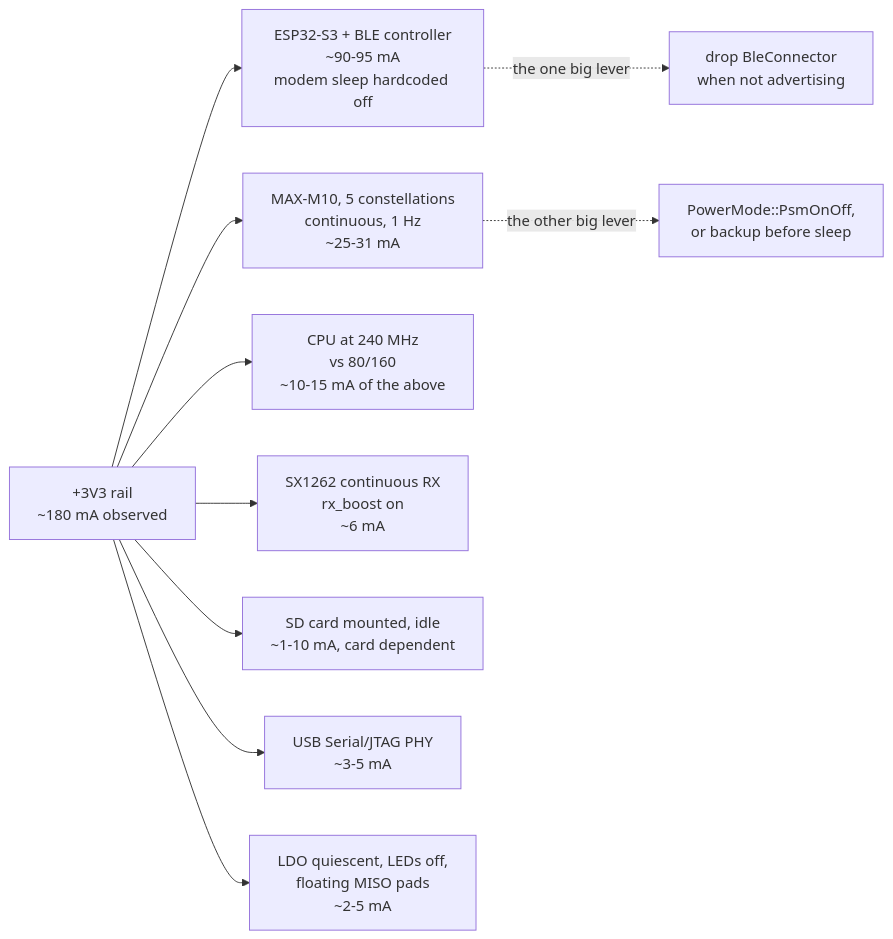
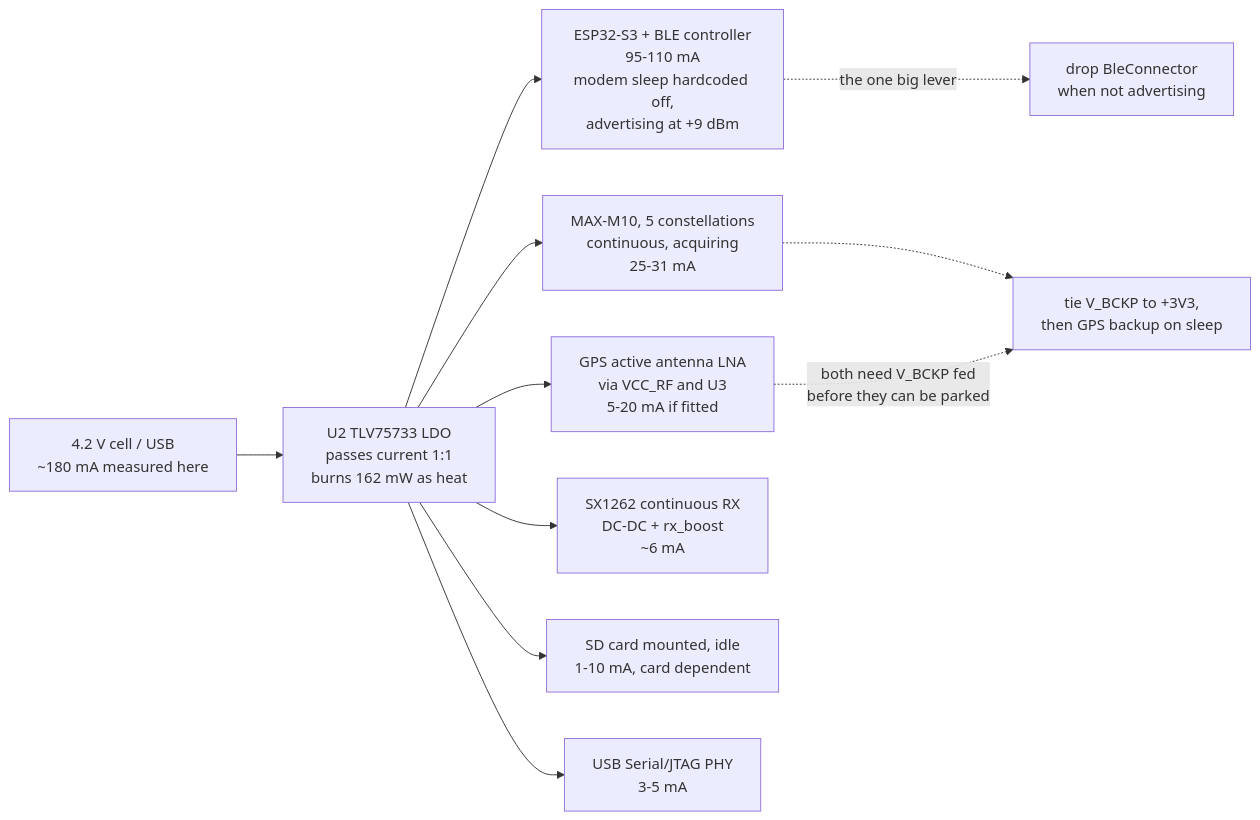
One commit to Telemety-In-Midair/telemetry-in-midair-rs changed the diagram in POWER-S3.md. Above: the diagram before and after it, drawn with Mermaid. The commit also changed other lines of this file and 1 other file, not shown here.

````diff
--- a/POWER-S3.md
+++ b/POWER-S3.md
@@ -31,15 +57,17 @@
 ```mermaid
 flowchart LR
-    RAIL["+3V3 rail<br/>~180 mA observed"]
+    CELL["4.2 V cell / USB<br/>~180 mA measured here"]
+    LDO["U2 TLV75733 LDO<br/>passes current 1:1<br/>burns 162 mW as heat"]
+    CELL --> LDO
 
-    RAIL --> BLE["ESP32-S3 + BLE controller<br/>~90-95 mA<br/>modem sleep hardcoded off"]
-    RAIL --> GPS["MAX-M10, 5 constellations<br/>continuous, 1 Hz<br/>~25-31 mA"]
-    RAIL --> CPU["CPU at 240 MHz<br/>vs 80/160<br/>~10-15 mA of the above"]
-    RAIL --> LORA["SX1262 continuous RX<br/>rx_boost on<br/>~6 mA"]
-    RAIL --> SD["SD card mounted, idle<br/>~1-10 mA, card dependent"]
-    RAIL --> USB["USB Serial/JTAG PHY<br/>~3-5 mA"]
-    RAIL --> MISC["LDO quiescent, LEDs off,<br/>floating MISO pads<br/>~2-5 mA"]
+    LDO --> BLE["ESP32-S3 + BLE controller<br/>95-110 mA<br/>modem sleep hardcoded off,<br/>advertising at +9 dBm"]
+    LDO --> GPS["MAX-M10, 5 constellations<br/>continuous, acquiring<br/>25-31 mA"]
+    LDO --> ANT["GPS active antenna LNA<br/>via VCC_RF and U3<br/>5-20 mA if fitted"]
+    LDO --> LORA["SX1262 continuous RX<br/>DC-DC + rx_boost<br/>~6 mA"]
+    LDO --> SD["SD card mounted, idle<br/>1-10 mA, card dependent"]
+    LDO --> USB["USB Serial/JTAG PHY<br/>3-5 mA"]
 
     BLE -.->|"the one big lever"| FIX1["drop BleConnector<br/>when not advertising"]
-    GPS -.->|"the other big lever"| FIX2["PowerMode::PsmOnOff,<br/>or backup before sleep"]
+    GPS -.-> FIX2
+    ANT -.->|"both need V_BCKP fed<br/>before they can be parked"| FIX2["tie V_BCKP to +3V3,<br/>then GPS backup on sleep"]
 ```
````
